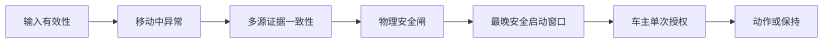
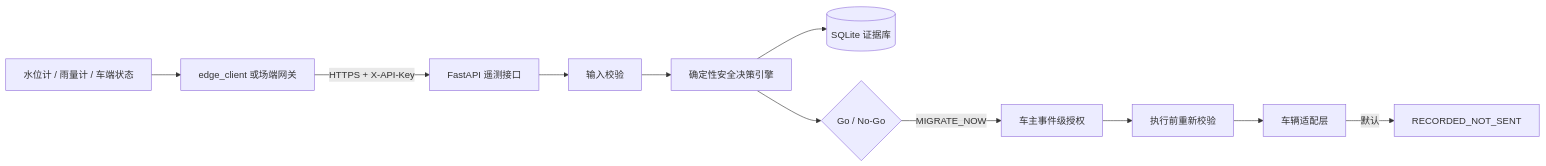
Before and after one commit to zijin1337/xpeng-highground-ai: the diagram in README.md, drawn with Mermaid. The commit also changed other lines of this file and 26 other files, not shown here.

````diff
--- a/README.md
+++ b/README.md
@@ -53,9 +26,13 @@
 ```mermaid
 flowchart LR
-    A[输入有效性] --> B[移动中异常]
-    B --> C[多源证据一致性]
-    C --> D[物理安全闸]
-    D --> E[最晚安全启动窗口]
-    E --> F[车主单次授权]
-    F --> G[动作或保持]
+    S[水位计 / 雨量计 / 车端状态] --> E[edge_client 或场端网关]
+    E -->|HTTPS + X-API-Key| A[FastAPI 遥测接口]
+    A --> V[输入校验]
+    V --> D[确定性安全决策引擎]
+    D --> DB[(SQLite 证据库)]
+    D --> G{Go / No-Go}
+    G -->|MIGRATE_NOW| O[车主事件级授权]
+    O --> R[执行前重新校验]
+    R --> X[车辆适配层]
+    X -->|默认| N[RECORDED_NOT_SENT]
 ```
````
